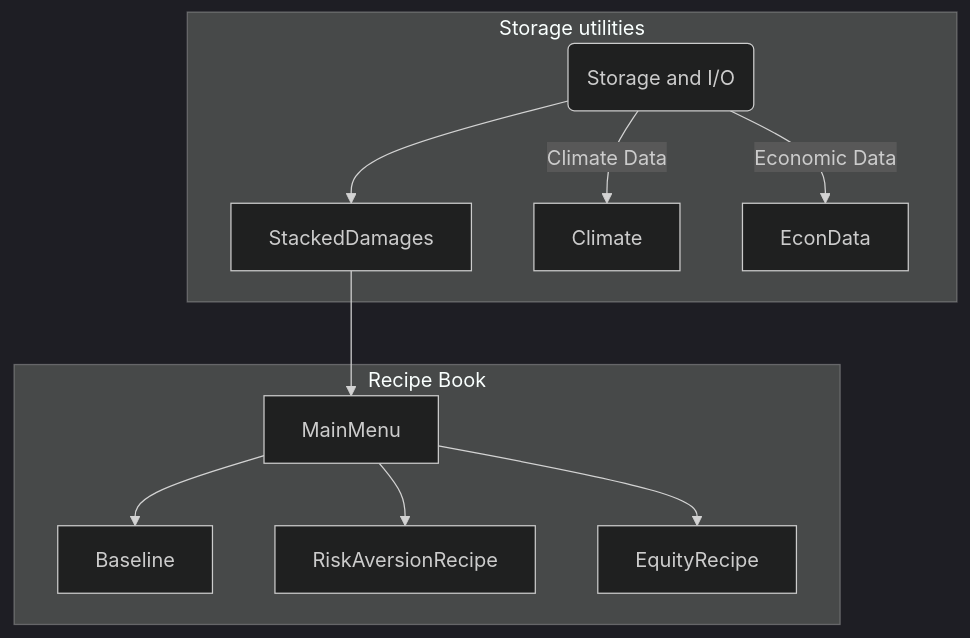
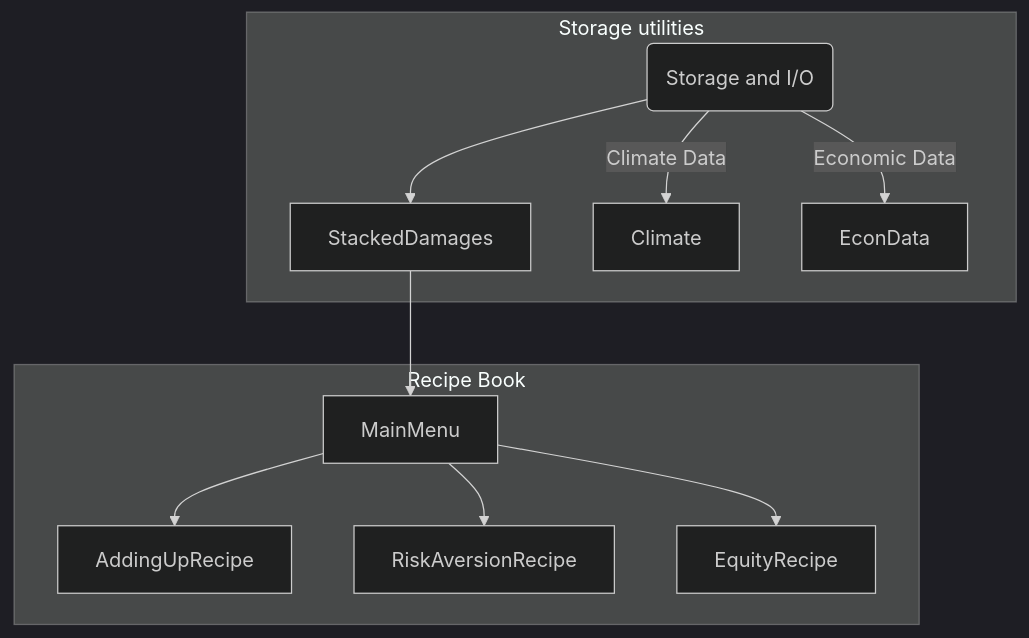
The diagram in README.md (ClimateImpactLab/dscim-epa), drawn with Mermaid (dark theme) before and after one commit. The commit also changed other lines of this file, not shown here.

````diff
--- a/README.md
+++ b/README.md
@@ -67,17 +60,17 @@
 ```mermaid
 graph TD
 
 SubGraph1Flow(Storage and I/O)
   subgraph "Storage utilities"
   SubGraph1Flow --> A[Stacked_damages]
   SubGraph1Flow -- Climate Data --> Climate
   SubGraph1Flow -- Economic Data --> EconData
   end
 
   subgraph "Recipe Book"
   A[StackedDamages] --> B[MainMenu]
-  B[MainMenu] --> C[Baseline];
+  B[MainMenu] --> C[AddingUpRecipe];
   B[MainMenu] --> D[RiskAversionRecipe];
   B[MainMenu] --> E[EquityRecipe]
 end
 ```
````
